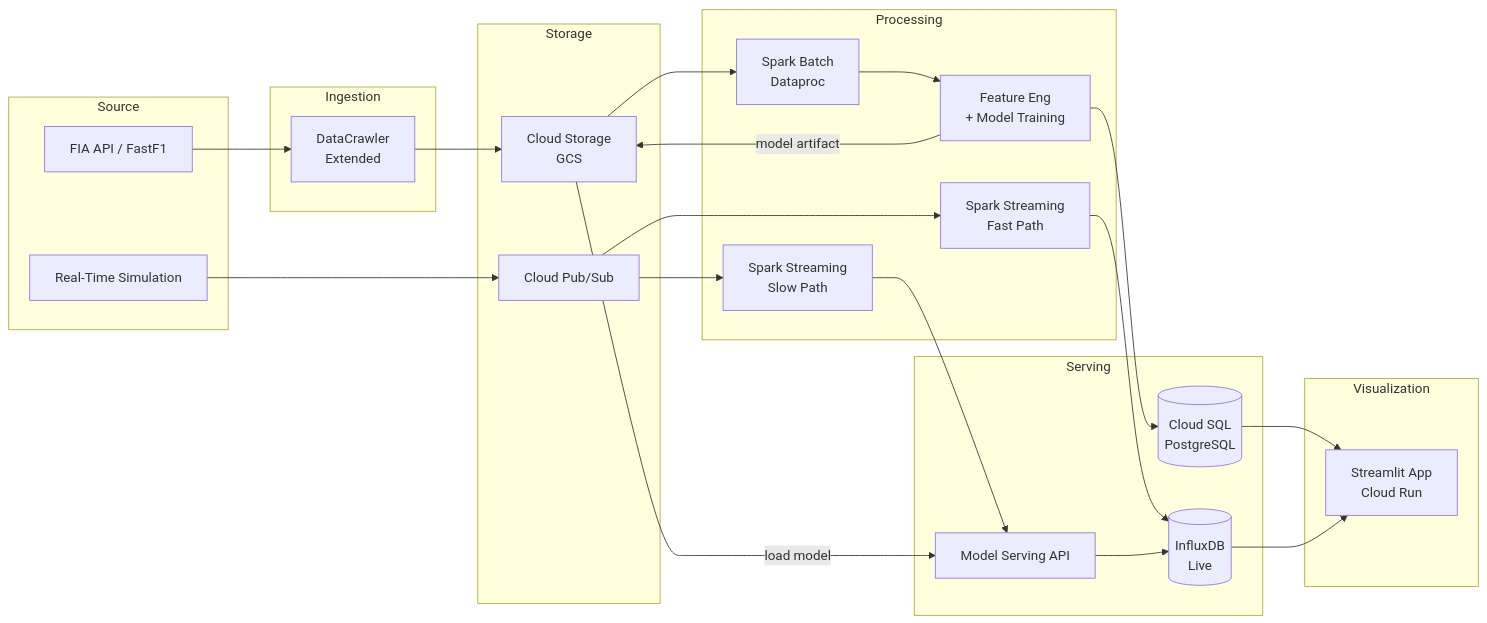
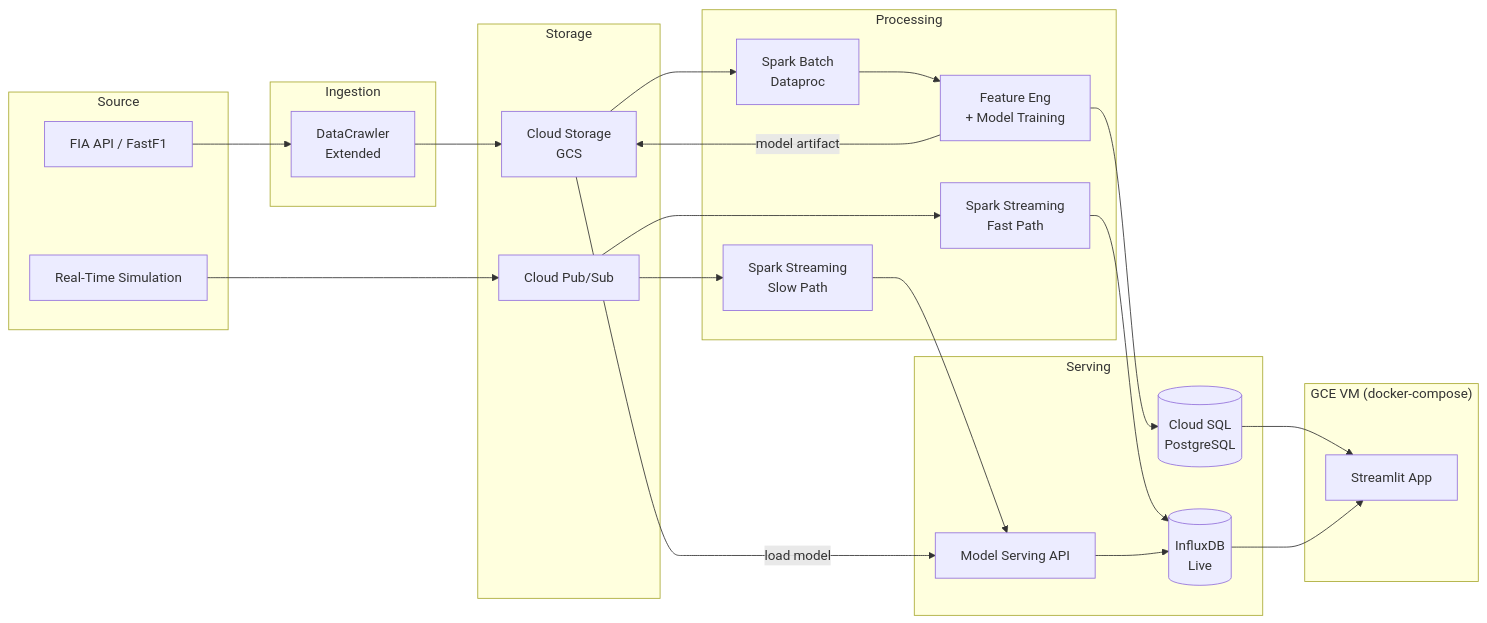
One commit to nmk-k66-uet/F1-Chubby-Data changed the first of 11 diagrams in revised_plan.md. Above: the diagram before and after it, drawn with Mermaid. The commit also changed other lines of this file and 2 other files, not shown here.

First line of the commit message:
docs: update architecture plan and migration docs

````diff
--- a/revised_plan.md
+++ b/revised_plan.md
@@ -15,48 +15,50 @@
 ```mermaid
 flowchart LR
     subgraph Source
         FIA[FIA API / FastF1]
         SIM[Real-Time Simulation]
     end
 
     subgraph Ingestion
         DC[DataCrawler<br/>Extended]
     end
 
     subgraph Storage
         GCS[Cloud Storage<br/>GCS]
         PUBSUB[Cloud Pub/Sub]
     end
 
     subgraph Processing
         SPARKB[Spark Batch<br/>Dataproc]
         FE[Feature Eng<br/>+ Model Training]
         FAST[Spark Streaming<br/>Fast Path]
         SLOW[Spark Streaming<br/>Slow Path]
     end
 
     subgraph Serving
         PG[(Cloud SQL<br/>PostgreSQL)]
         INFLUX[(InfluxDB<br/>Live)]
         MLAPI[Model Serving API]
     end
 
-    subgraph Visualization
-        UI[Streamlit App<br/>Cloud Run]
+    subgraph "GCE VM (docker-compose)"
+        INFLUX
+        MLAPI
+        UI[Streamlit App]
     end
 
     FIA --> DC --> GCS
     SIM --> PUBSUB
 
     GCS --> SPARKB --> FE
     FE --> PG
     FE -->|model artifact| GCS
 
     PUBSUB --> FAST --> INFLUX
     PUBSUB --> SLOW --> MLAPI --> INFLUX
 
     GCS -->|load model| MLAPI
 
     PG --> UI
     INFLUX --> UI
 ```
````
